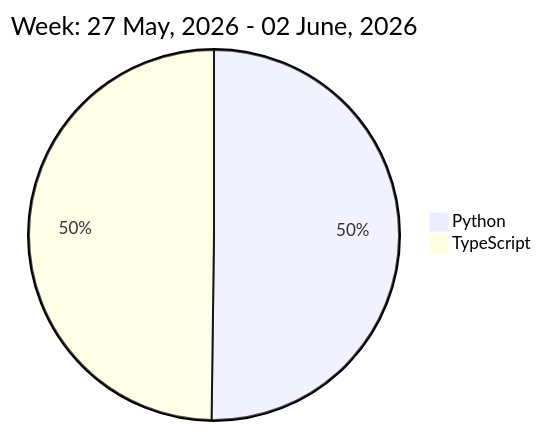
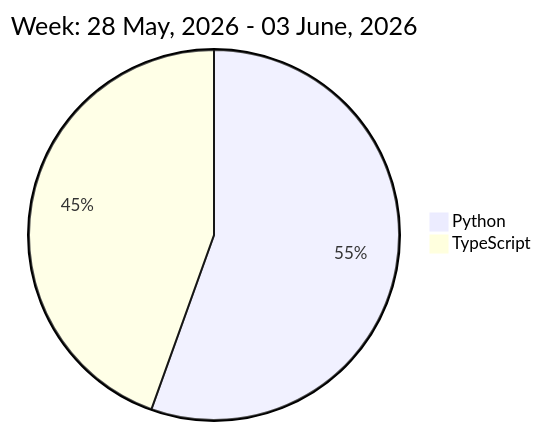
Before and after one commit to liubin95/liubin95: the diagram in README.md, drawn with Mermaid.

Commit message:
Updated the Graph with new Metrics

````diff
--- a/README.md
+++ b/README.md
@@ -32,6 +32,6 @@
 ```mermaid
  pie
-title Week: 27 May, 2026 - 02 June, 2026
- "Python" : 6.05
- "TypeScript" : 6.0
+title Week: 28 May, 2026 - 03 June, 2026
+ "Python" : 7.38
+ "TypeScript" : 5.92
 ```
````
